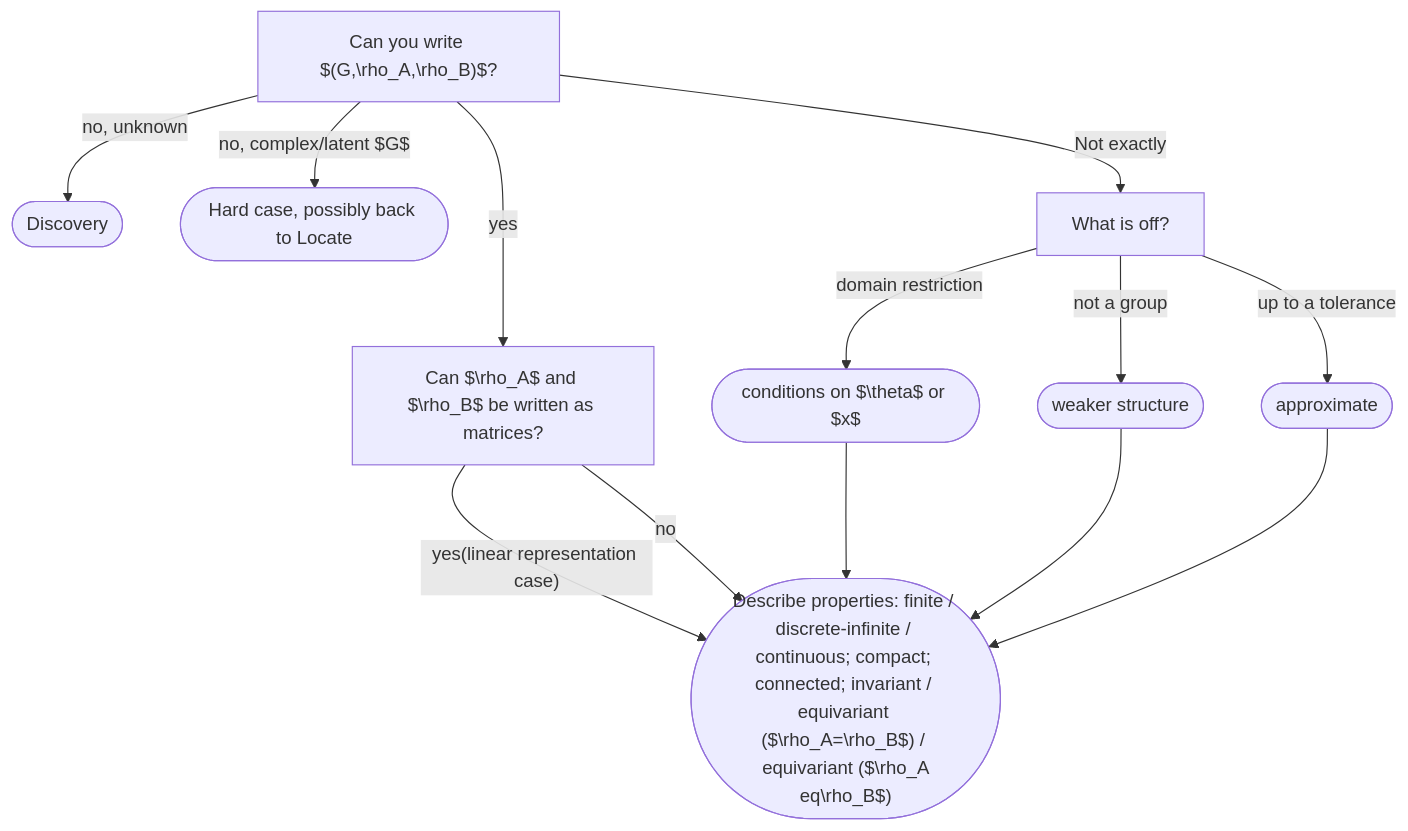
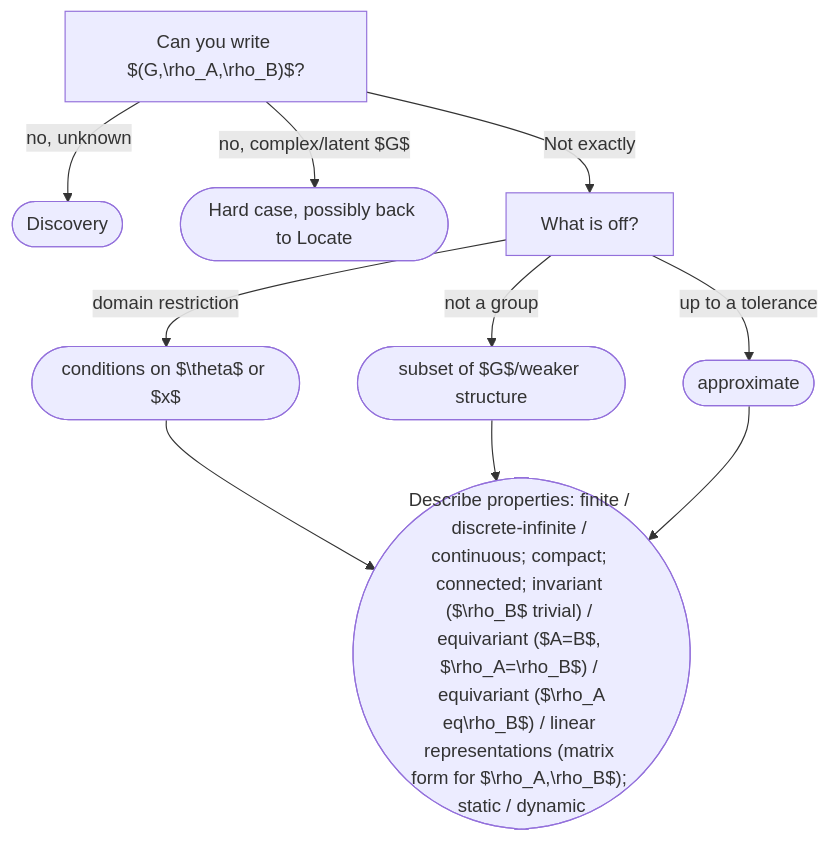
Before and after one commit to PierrickLeroy/Symmetries-in-Deep-Learning-a-Survey: the second of 2 diagrams in figure_conclusion.md, drawn with Mermaid. The commit also changed other lines of this file, not shown here.

Commit message:
polish fig guidelines

````diff
--- a/figure_conclusion.md
+++ b/figure_conclusion.md
@@ -71,16 +73,13 @@
 ```mermaid
 graph TD
     n["Can you write $(G,\rho_A,\rho_B)$?"] -- no, unknown --> n1(["Discovery"])
     n -- no, complex/latent $G$ --> n2(["Hard case, possibly back to Locate"])
     n -- "Not exactly" --> n3["What is off?"]
-    n -- yes --> n4["Can $\rho_A$ and $\rho_B$ be written as matrices?"]
-    n4 -- yes(linear representation case) --> m 
-    n4 -- no --> m
-    m(["Describe properties: finite / discrete-infinite / continuous; compact; connected; invariant / equivariant ($\rho_A=\rho_B$) / equivariant ($\rho_A\neq\rho_B$)"])
+    m(["Describe properties: finite / discrete-infinite / continuous; compact; connected; invariant ($\rho_B$ trivial) / equivariant ($A=B$, $\rho_A=\rho_B$) / equivariant ($\rho_A\neq\rho_B$) / linear representations (matrix form for $\rho_A,\rho_B$); static / dynamic"])
     n3 -- "domain restriction" --> n31(["conditions on $\theta$ or $x$"])
-    n3 -- "not a group" --> n32(["weaker structure"])
+    n3 -- "not a group" --> n32(["subset of $G$/weaker structure"])
     n3 -- "up to a tolerance" --> n33(["approximate"])
     n31 --> m
     n32 --> m
     n33 --> m
 ```
````
